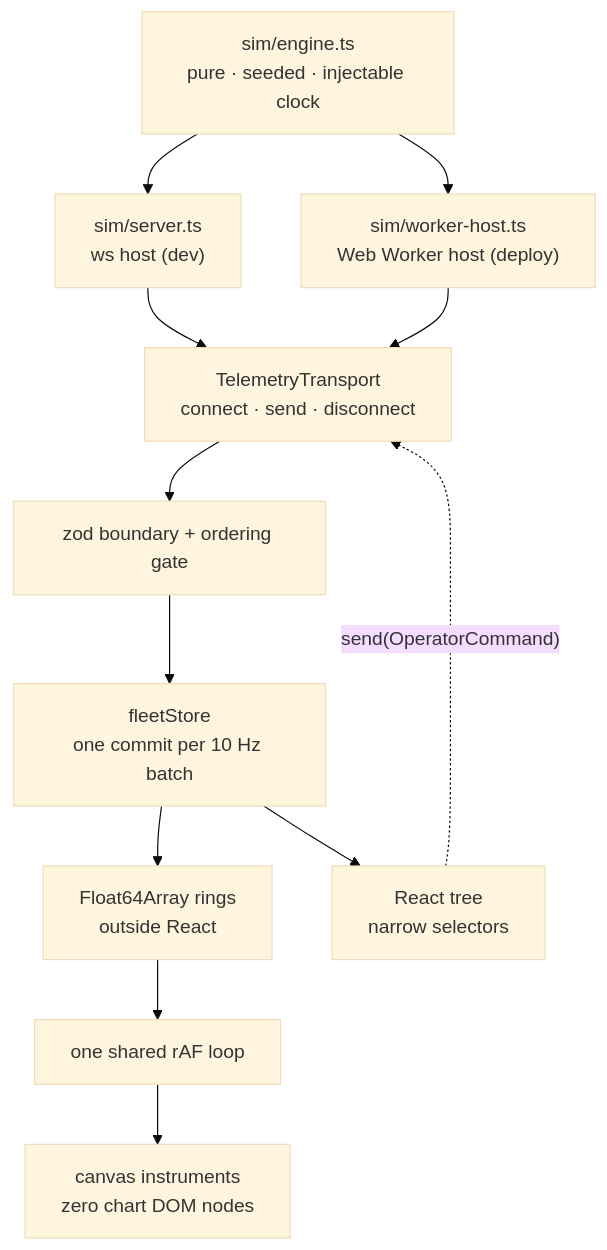
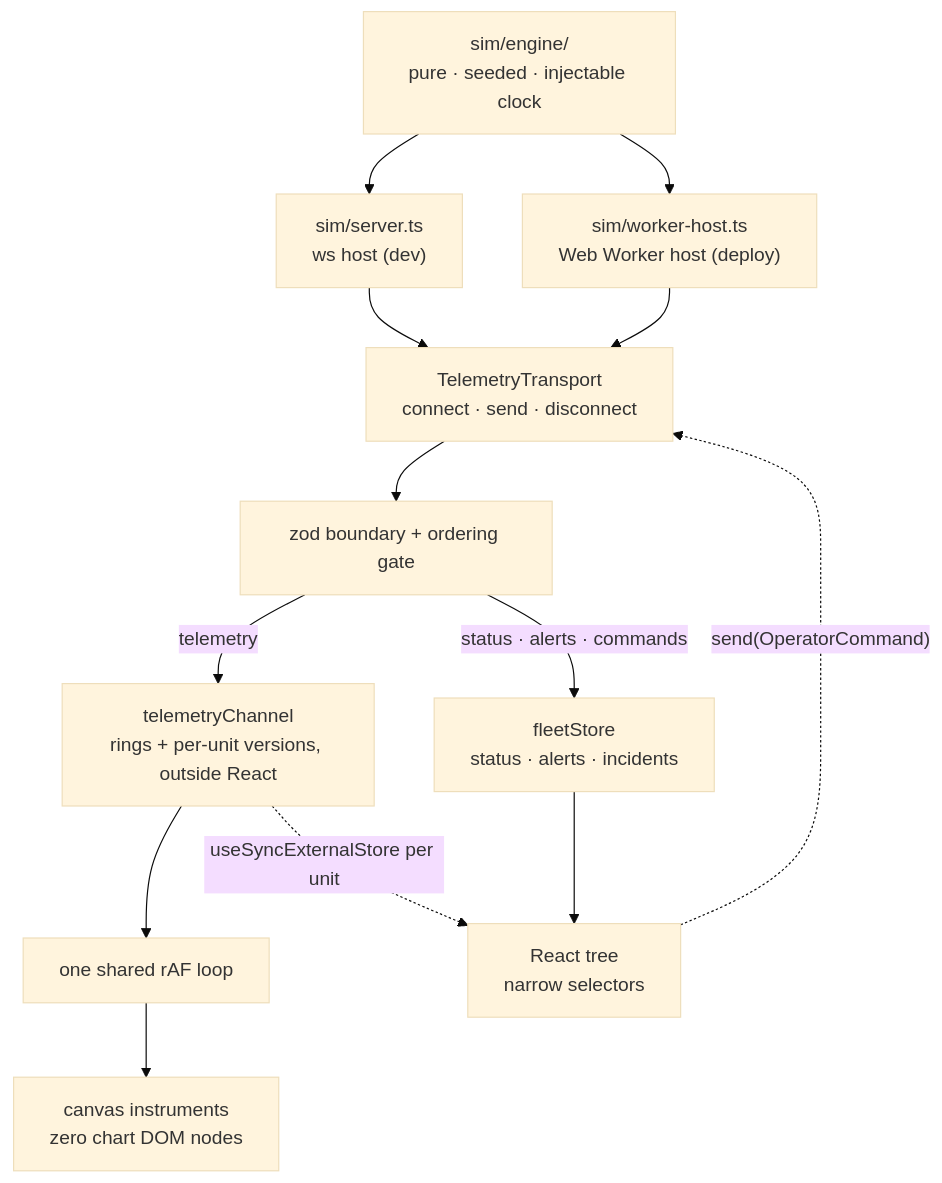
One commit to jonathanhawkins/fleet-console changed the diagram in README.md. Above: the diagram before and after it, drawn with Mermaid (base theme). The commit also changed other lines of this file and 8 other files, not shown here.

````diff
--- a/README.md
+++ b/README.md
@@ -57,20 +57,23 @@
 ```mermaid
 flowchart TD
-  E["sim/engine.ts<br/>pure · seeded · injectable clock"]
+  E["sim/engine/<br/>pure · seeded · injectable clock"]
   S["sim/server.ts<br/>ws host (dev)"]
   H["sim/worker-host.ts<br/>Web Worker host (deploy)"]
   T["TelemetryTransport<br/>connect · send · disconnect"]
   Z["zod boundary + ordering gate"]
-  F["fleetStore<br/>one commit per 10 Hz batch"]
-  R["Float64Array rings<br/>outside React"]
+  P["telemetryChannel<br/>rings + per-unit versions, outside React"]
   L["one shared rAF loop"]
   N["canvas instruments<br/>zero chart DOM nodes"]
+  F["fleetStore<br/>status · alerts · incidents"]
   C["React tree<br/>narrow selectors"]
 
   E --> S --> T
   E --> H --> T
-  T --> Z --> F
-  F --> R --> L --> N
+  T --> Z
+  Z -- telemetry --> P
+  Z -- "status · alerts · commands" --> F
+  P --> L --> N
+  P -. "useSyncExternalStore per unit" .-> C
   F --> C
   C -. "send(OperatorCommand)" .-> T
 ```
````
